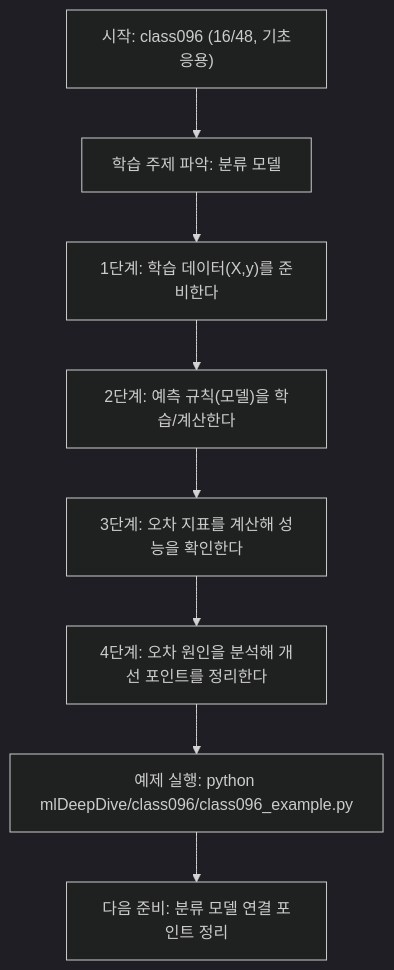
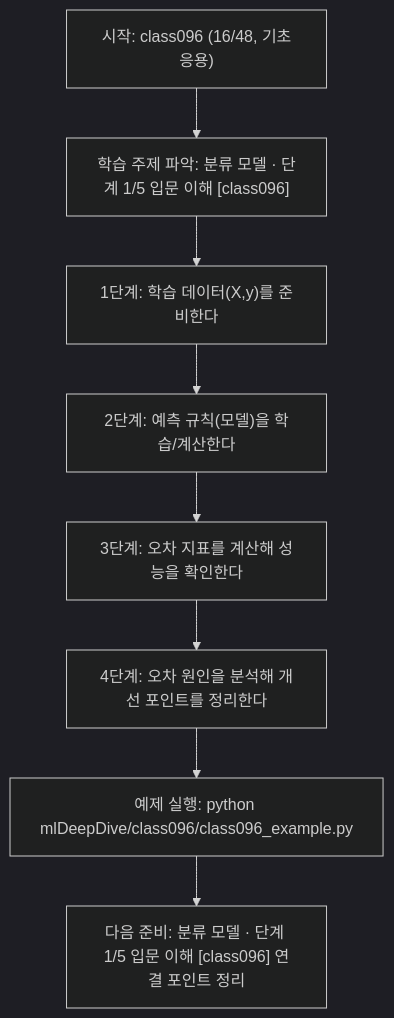
The diagram in mlDeepDive/class096/class096.md (edumgt/Python-AI_Agent-Class), drawn with Mermaid (dark theme) before and after one commit. The commit also changed other lines of this file and 522 other files, not shown here.

````diff
--- a/mlDeepDive/class096/class096.md
+++ b/mlDeepDive/class096/class096.md
@@ -108,18 +109,18 @@
 ```mermaid
 flowchart TD
 N1["시작: class096 (16/48, 기초응용)"]
-N2["학습 주제 파악: 분류 모델"]
+N2["학습 주제 파악: 분류 모델 · 단계 1/5 입문 이해 [class096]"]
 N3["1단계: 학습 데이터(X,y)를 준비한다"]
 N4["2단계: 예측 규칙(모델)을 학습/계산한다"]
 N5["3단계: 오차 지표를 계산해 성능을 확인한다"]
 N6["4단계: 오차 원인을 분석해 개선 포인트를 정리한다"]
 N7["예제 실행: python mlDeepDive/class096/class096_example.py"]
-N8["다음 준비: 분류 모델 연결 포인트 정리"]
+N8["다음 준비: 분류 모델 · 단계 1/5 입문 이해 [class096] 연결 포인트 정리"]
 N1 --> N2
 N2 --> N3
 N3 --> N4
 N4 --> N5
 N5 --> N6
 N6 --> N7
 N7 --> N8
 ```
````
